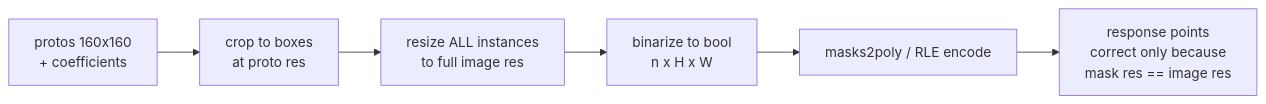
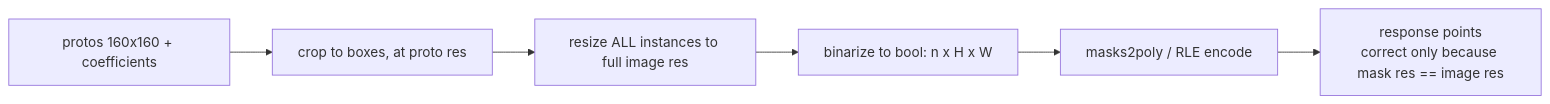
Before and after one commit to roboflow/inference: the first of 2 diagrams in docs/feat/instance-seg-tradeoff-factor.md, drawn with Mermaid. The commit also changed other lines of this file, not shown here.

Commit message:
Fix Mermaid diagram rendering in the tradeoff_factor plan

````diff
--- a/docs/feat/instance-seg-tradeoff-factor.md
+++ b/docs/feat/instance-seg-tradeoff-factor.md
@@ -75,8 +75,8 @@
 ```mermaid
 flowchart LR
-    A[protos 160x160<br/>+ coefficients] --> B[crop to boxes<br/>at proto res]
-    B --> C[resize ALL instances<br/>to full image res]
-    C --> D[binarize to bool<br/>n x H x W]
-    D --> E[masks2poly / RLE encode]
-    E --> F[response points<br/>correct only because<br/>mask res == image res]
+    A["protos 160x160 + coefficients"] --> B["crop to boxes, at proto res"]
+    B --> C["resize ALL instances to full image res"]
+    C --> D["binarize to bool: n x H x W"]
+    D --> E["masks2poly / RLE encode"]
+    E --> F["response points<br>correct only because mask res == image res"]
 ```
````
